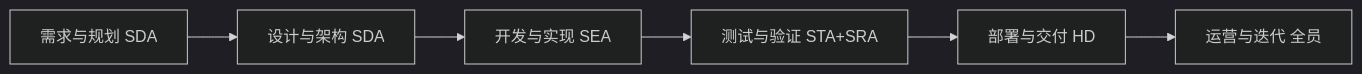
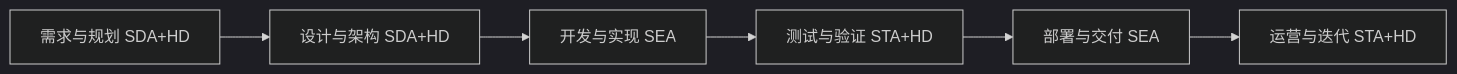
Before and after one commit to winyeahs/opd: the third of 6 diagrams in README.md, drawn with Mermaid (dark theme). The commit also changed other lines of this file and 38 other files, not shown here.

````diff
--- a/README.md
+++ b/README.md
@@ -106,11 +105,11 @@
 ```mermaid
 graph LR
-    S1[需求与规划 SDA]
-    S2[设计与架构 SDA]
+    S1[需求与规划 SDA+HD]
+    S2[设计与架构 SDA+HD]
     S3[开发与实现 SEA]
-    S4[测试与验证 STA+SRA]
-    S5[部署与交付 HD]
-    S6[运营与迭代 全员]
+    S4[测试与验证 STA+HD]
+    S5[部署与交付 SEA]
+    S6[运营与迭代 STA+HD]
     
     S1 --> S2 --> S3 --> S4 --> S5 --> S6
 ```
````
